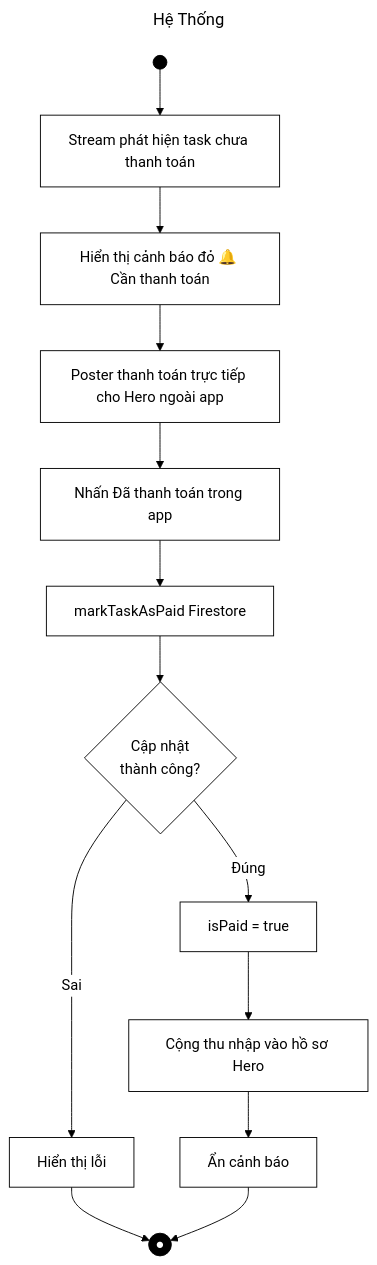
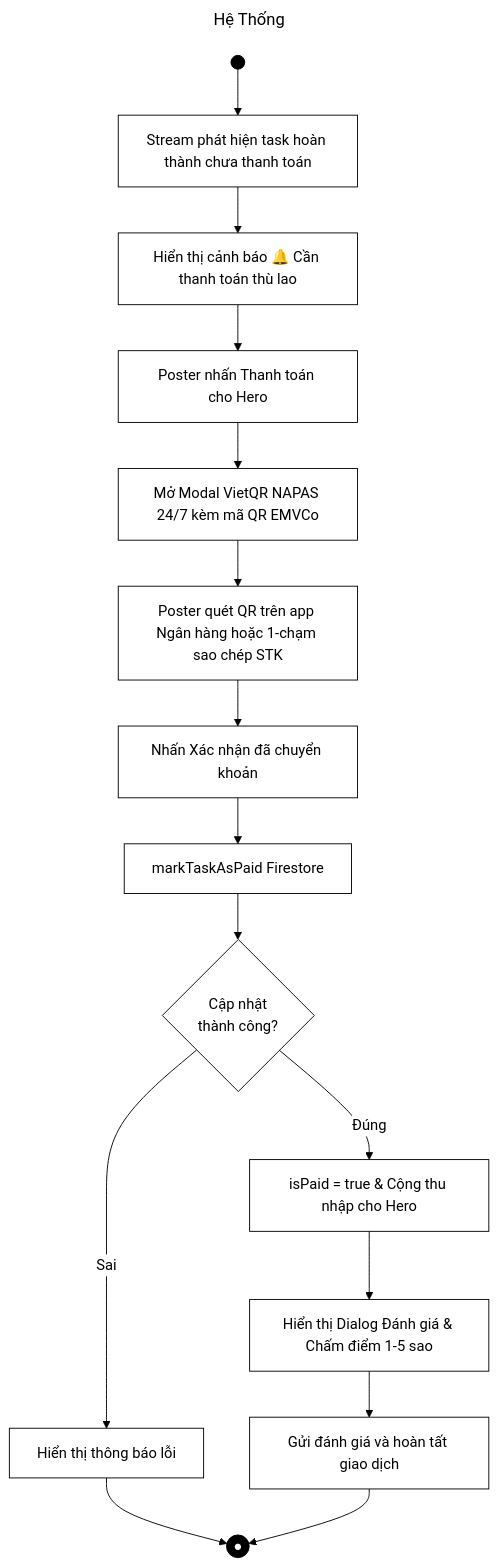
Before and after one commit to nguyenhung2k5/Mobile_App: diagram 16 of 22 in Activity_Diagrams.md, drawn with Mermaid. The commit also changed other lines of this file and 6 other files, not shown here.

````diff
--- a/Activity_Diagrams.md
+++ b/Activity_Diagrams.md
@@ -335,20 +335,22 @@
 ```mermaid
 ---
 title: Hệ Thống
 ---
 %%{init: {'theme':'base', 'themeVariables': {'primaryColor':'#ffffff', 'primaryBorderColor':'#000000', 'primaryTextColor':'#000000', 'lineColor':'#000000', 'edgeLabelBackground':'#ffffff', 'tertiaryColor':'#ffffff'}}}%%
 flowchart TD
     classDef default fill:#ffffff,stroke:#000000,stroke-width:1px,color:#000000;
     classDef blackNode fill:#000000,stroke:#000000,stroke-width:1px,color:#ffffff;
-    S(( )):::blackNode --> A[Stream phát hiện task chưa thanh toán]
-    A --> B[Hiển thị cảnh báo đỏ 🔔 Cần thanh toán]
-    B --> C[Poster thanh toán trực tiếp cho Hero ngoài app]
-    C --> D[Nhấn Đã thanh toán trong app]
-    D --> E[markTaskAsPaid Firestore]
-    E --> D1{Cập nhật\nthành công?}
-    D1 -- Sai --> F[Hiển thị lỗi]
-    D1 -- Đúng --> G[isPaid = true]
-    G --> H[Cộng thu nhập vào hồ sơ Hero]
-    H --> I[Ẩn cảnh báo]
-    F & I --> Z((●)):::blackNode
+    S(( )):::blackNode --> A[Stream phát hiện task hoàn thành chưa thanh toán]
+    A --> B[Hiển thị cảnh báo 🔔 Cần thanh toán thù lao]
+    B --> C[Poster nhấn Thanh toán cho Hero]
+    C --> D[Mở Modal VietQR NAPAS 24/7 kèm mã QR EMVCo]
+    D --> E[Poster quét QR trên app Ngân hàng hoặc 1-chạm sao chép STK]
+    E --> F[Nhấn Xác nhận đã chuyển khoản]
+    F --> G[markTaskAsPaid Firestore]
+    G --> D1{Cập nhật\nthành công?}
+    D1 -- Sai --> H[Hiển thị thông báo lỗi]
+    D1 -- Đúng --> I[isPaid = true & Cộng thu nhập cho Hero]
+    I --> J[Hiển thị Dialog Đánh giá & Chấm điểm 1-5 sao]
+    J --> K[Gửi đánh giá và hoàn tất giao dịch]
+    H & K --> Z((●)):::blackNode
 ```
````
